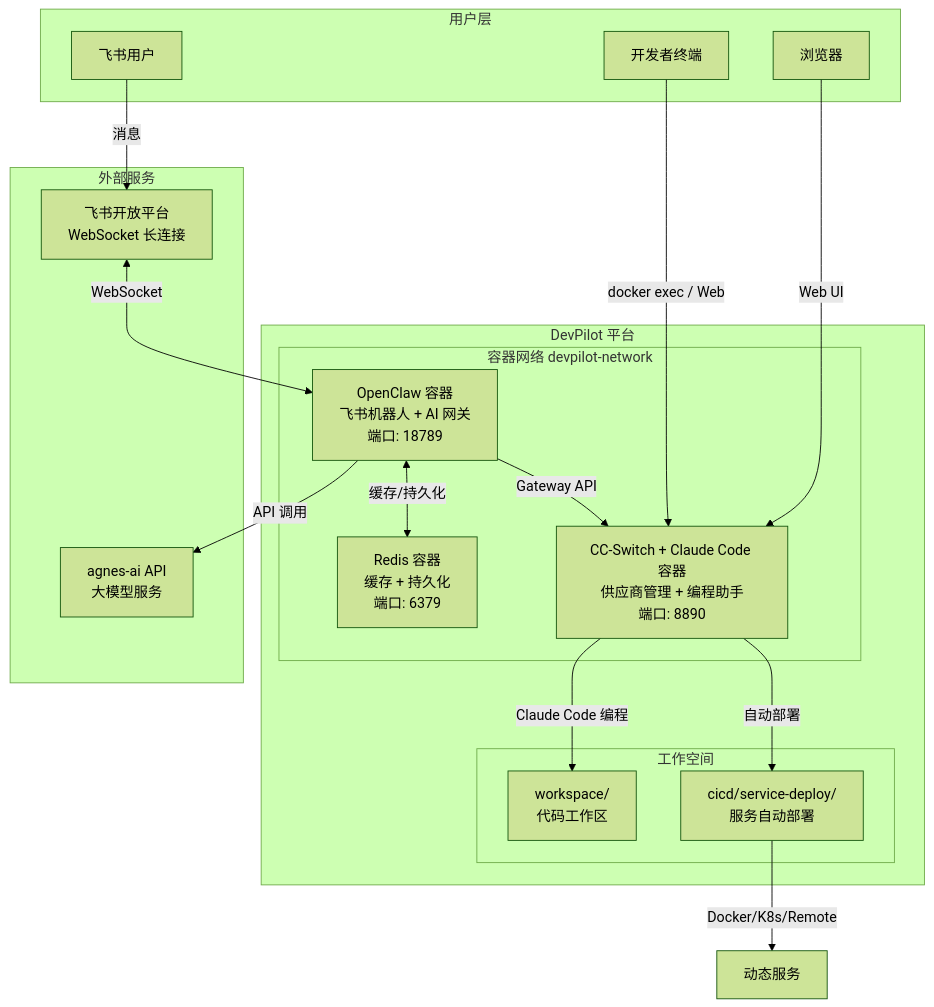
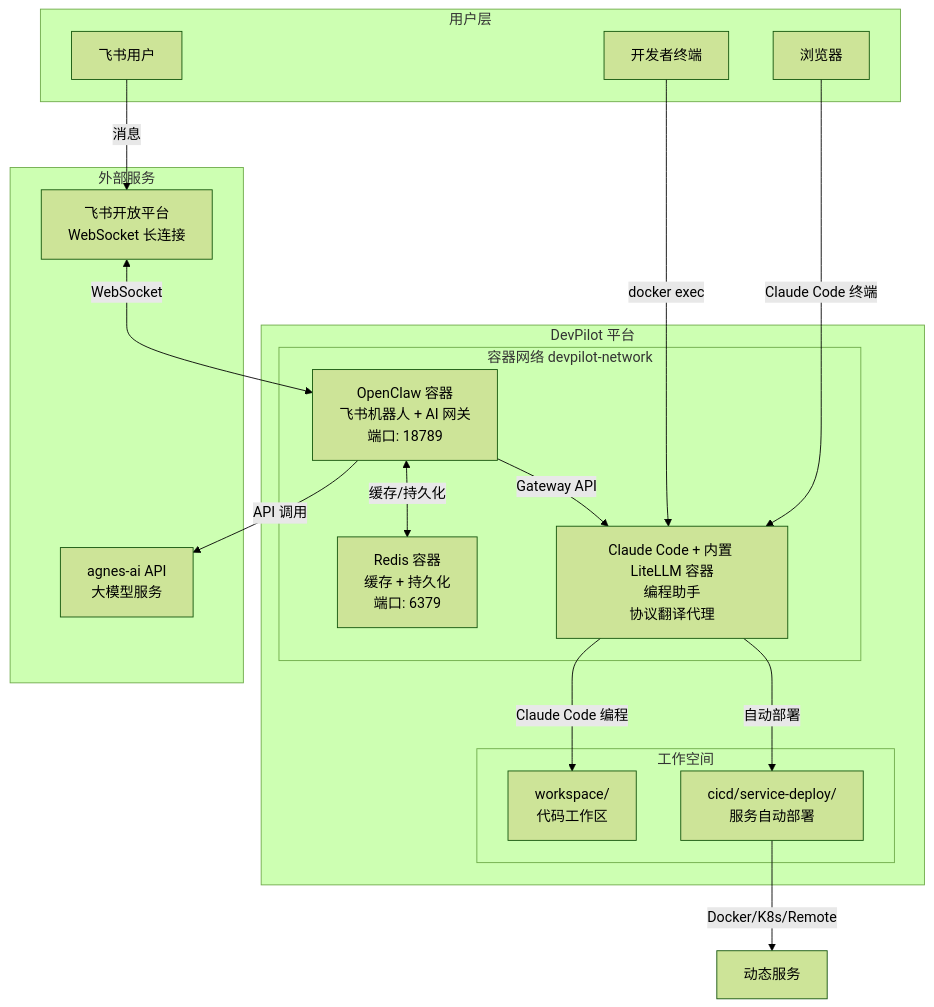
Before and after one commit to smart-open/DevPilot: the first of 14 diagrams in 产品架构技术设计说明书.md, drawn with Mermaid (forest theme). The commit also changed other lines of this file and 22 other files, not shown here.

````diff
--- a/产品架构技术设计说明书.md
+++ b/产品架构技术设计说明书.md
@@ -142,38 +142,38 @@
 ```mermaid
 graph TB
     subgraph 用户层
         U1[飞书用户]
         U2[开发者终端]
         U3[浏览器]
     end
 
     subgraph 外部服务
         FS[飞书开放平台<br/>WebSocket 长连接]
         AI[agnes-ai API<br/>大模型服务]
     end
 
     subgraph DevPilot 平台
         subgraph 容器网络 devpilot-network
             OC[OpenClaw 容器<br/>飞书机器人 + AI 网关<br/>端口: 18789]
             RD[Redis 容器<br/>缓存 + 持久化<br/>端口: 6379]
-            CC[CC-Switch + Claude Code 容器<br/>供应商管理 + 编程助手<br/>端口: 8890]
+            CC[Claude Code + 内置 LiteLLM 容器<br/>编程助手<br/>协议翻译代理]
         end
 
         subgraph 工作空间
             WS[workspace/<br/>代码工作区]
             SD[cicd/service-deploy/<br/>服务自动部署]
         end
     end
 
     U1 -->|消息| FS
     FS <-->|WebSocket| OC
     OC -->|API 调用| AI
     OC <-->|缓存/持久化| RD
     OC -->|Gateway API| CC
 
-    U2 -->|docker exec / Web| CC
-    U3 -->|Web UI| CC
+    U2 -->|docker exec| CC
+    U3 -->|Claude Code 终端| CC
     CC -->|Claude Code 编程| WS
     CC -->|自动部署| SD
     SD -->|Docker/K8s/Remote| DS[动态服务]
 ```
````
